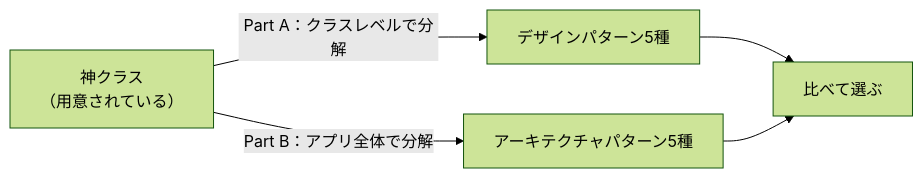
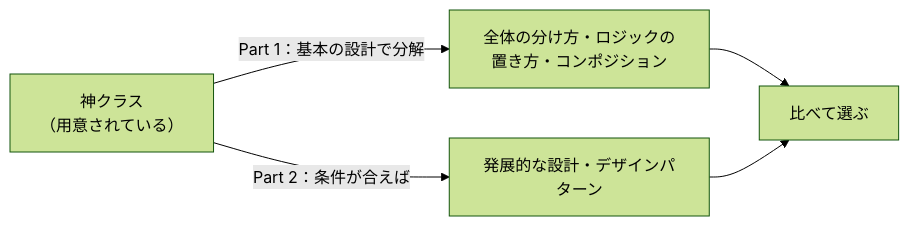
The fourth of 4 diagrams in chapters/00-paradigms.md (t-inoue0214/starter-code-design), drawn with Mermaid (forest theme) before and after one commit. The commit also changed other lines of this file and 328 other files, not shown here.

````diff
--- a/chapters/00-paradigms.md
+++ b/chapters/00-paradigms.md
@@ -137,7 +141,7 @@
 ```mermaid
 flowchart LR
-    G["神クラス<br/>（用意されている）"] -->|"Part A：クラスレベルで分解"| A["デザインパターン5種"]
-    G -->|"Part B：アプリ全体で分解"| B["アーキテクチャパターン5種"]
+    G["神クラス<br/>（用意されている）"] -->|"Part 1：基本の設計で分解"| A["全体の分け方・ロジックの置き方・コンポジション"]
+    G -->|"Part 2：条件が合えば"| B["発展的な設計・デザインパターン"]
     A --> C["比べて選ぶ"]
     B --> C
 ```
````
